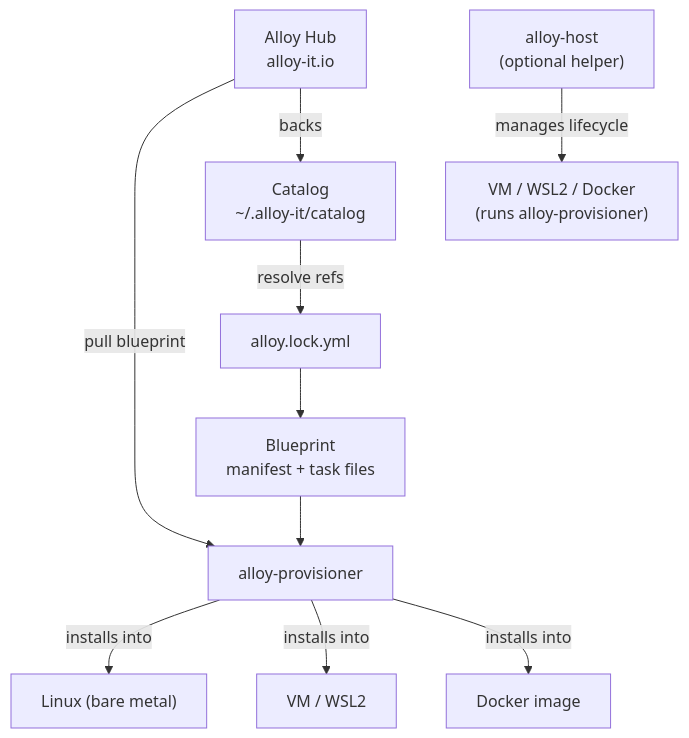
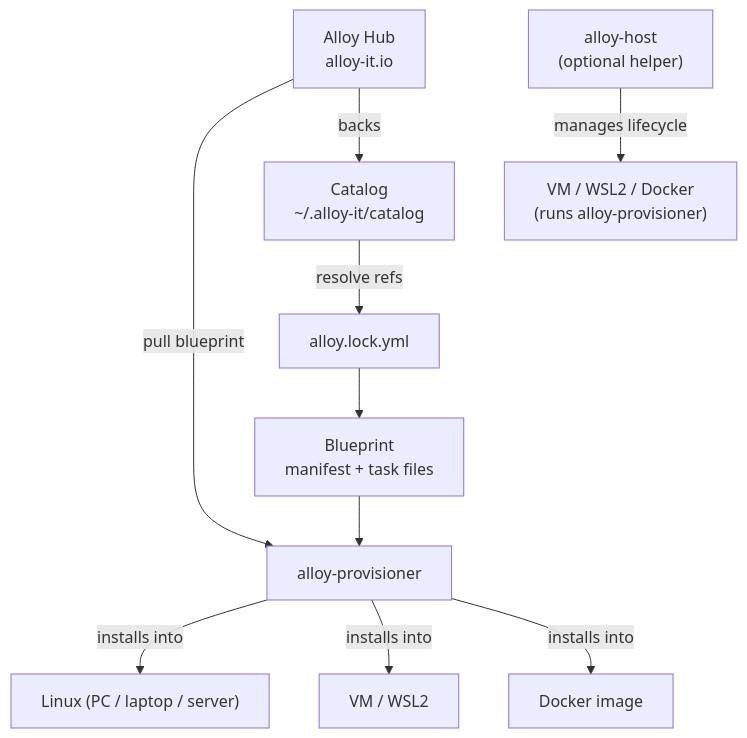
The diagram in docs/concepts.md (alloy-it/alloy-docs), drawn with Mermaid before and after one commit. The commit also changed other lines of this file and 12 other files, not shown here.

````diff
--- a/docs/concepts.md
+++ b/docs/concepts.md
@@ -103,21 +103,21 @@
 ```mermaid
 flowchart TD
     HUB["Alloy Hub\nalloy-it.io"]
     CAT["Catalog\n~/.alloy-it/catalog"]
     BP["Blueprint\nmanifest + task files"]
     LOCK["alloy.lock.yml"]
     PROV["alloy-provisioner"]
     HOST["alloy-host\n(optional helper)"]
 
     HUB -->|pull blueprint| PROV
     HUB -->|backs| CAT
     CAT -->|resolve refs| LOCK
     LOCK --> BP
     BP --> PROV
 
     HOST -->|manages lifecycle| VM["VM / WSL2 / Docker\n(runs alloy-provisioner)"]
 
-    PROV -->|installs into| ENV1["Linux (bare metal)"]
+    PROV -->|installs into| ENV1["Linux (PC / laptop / server)"]
     PROV -->|installs into| ENV2["VM / WSL2"]
     PROV -->|installs into| ENV3["Docker image"]
 ```
````
